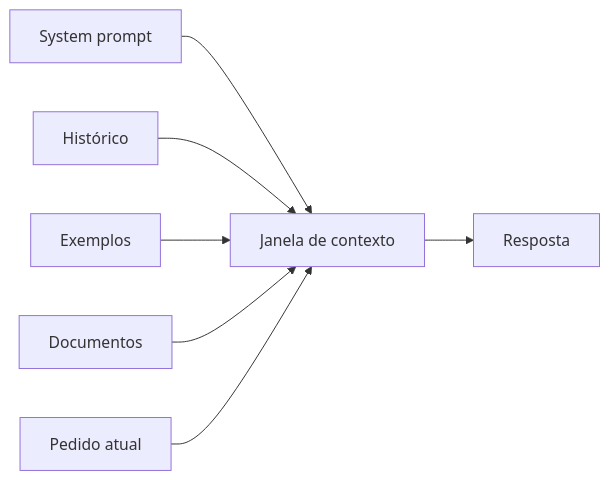
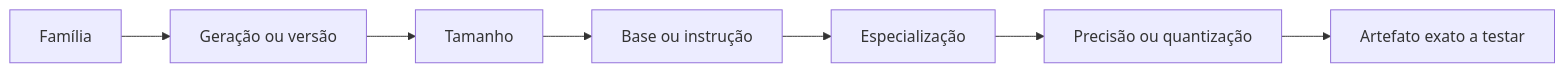
One commit to luciano-alexandre/topicos-avancados changed the third of 7 diagrams in docs/encontros/encontro-04.md. Above: the diagram before and after it, drawn with Mermaid. The commit also changed other lines of this file and 43 other files, not shown here.

````diff
--- a/docs/encontros/encontro-04.md
+++ b/docs/encontros/encontro-04.md
@@ -115,9 +160,9 @@
 ```mermaid
 flowchart LR
-    S[System prompt] --> J[Janela de contexto]
-    H[Histórico] --> J
-    E[Exemplos] --> J
-    D[Documentos] --> J
-    U[Pedido atual] --> J
-    J --> O[Resposta]
+    F[Família] --> G[Geração ou versão]
+    G --> Z[Tamanho]
+    Z --> A[Base ou instrução]
+    A --> E[Especialização]
+    E --> Q[Precisão ou quantização]
+    Q --> X[Artefato exato a testar]
 ```
````
